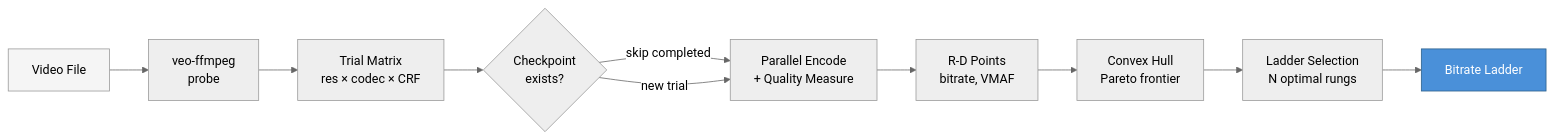
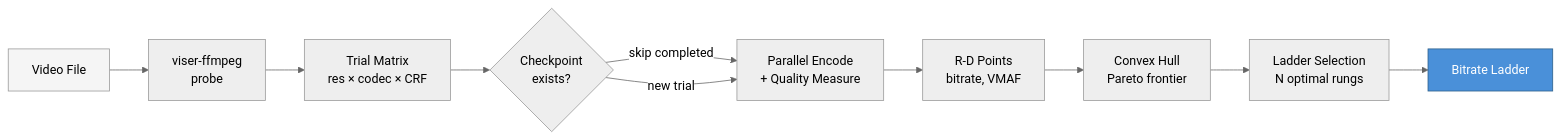
Before and after one commit to vbasky/viser: the second of 6 diagrams in docs/system-design.md, drawn with Mermaid (neutral theme). The commit also changed other lines of this file and 106 other files, not shown here.

First line of the commit message:
Rename veo → viser; add project template files

````diff
--- a/docs/system-design.md
+++ b/docs/system-design.md
@@ -61,15 +61,15 @@
 ```mermaid
 flowchart LR
-    A[Video File] --> B[veo-ffmpeg<br/>probe]
+    A[Video File] --> B[viser-ffmpeg<br/>probe]
     B --> C[Trial Matrix<br/>res × codec × CRF]
     C --> D{Checkpoint<br/>exists?}
     D -- skip completed --> E
     D -- new trial --> E[Parallel Encode<br/>+ Quality Measure]
     E --> F[R-D Points<br/>bitrate, VMAF]
     F --> G[Convex Hull<br/>Pareto frontier]
     G --> H[Ladder Selection<br/>N optimal rungs]
     H --> I[Bitrate Ladder]
 
     style A fill:#f5f5f5,stroke:#999
     style I fill:#4a90d9,stroke:#2c5f8a,color:#fff
 ```
````
